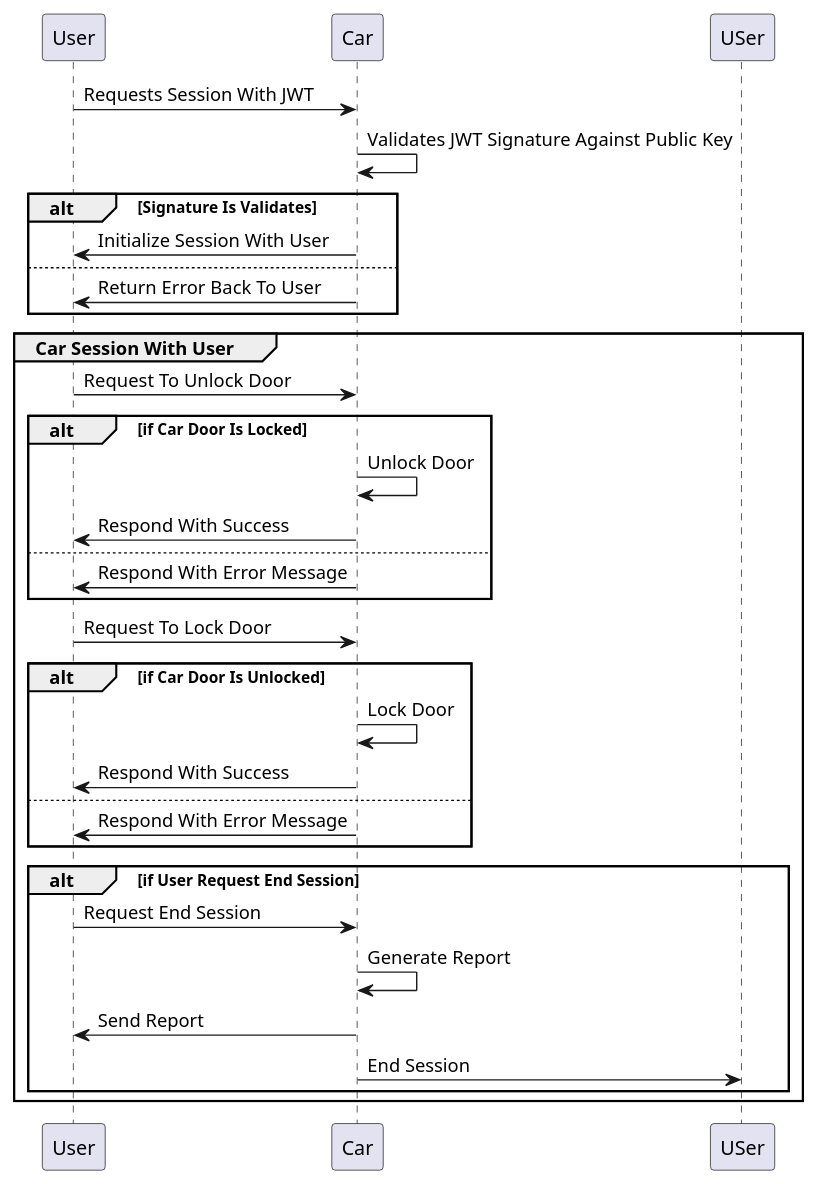
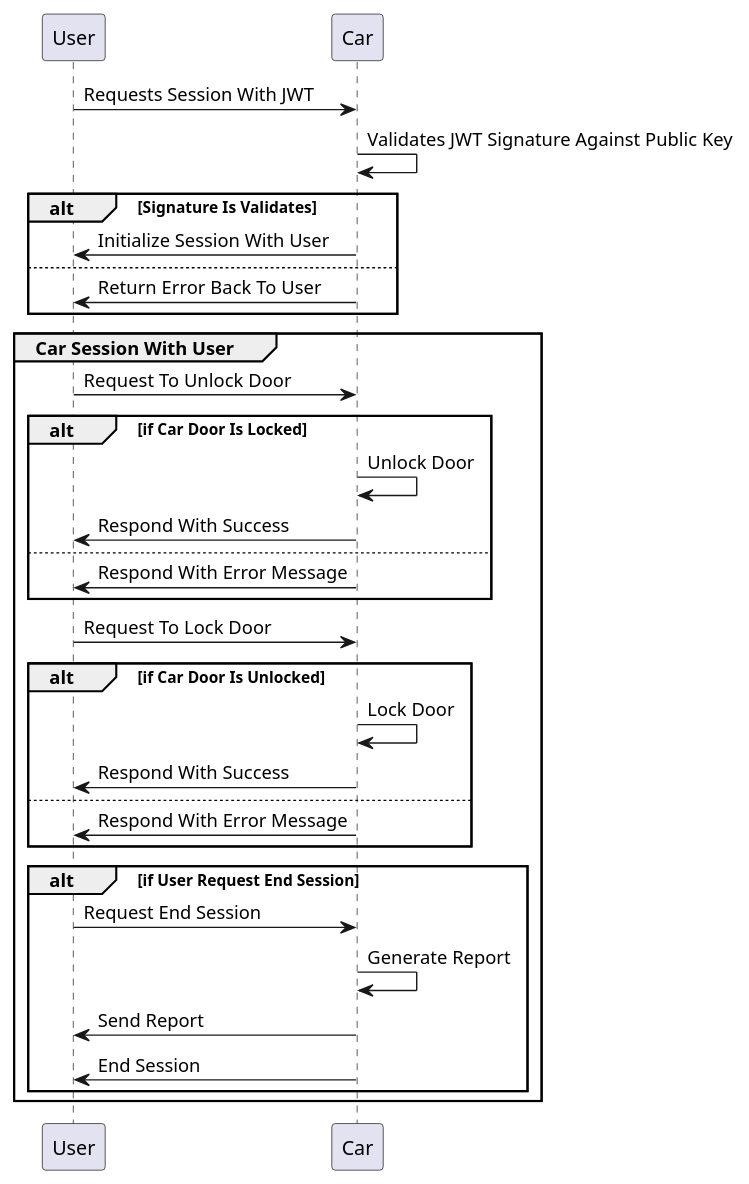
The diagram in docs/hld/UserToCarSequenceDiagram.puml (ATU-RDuarte/CSD_Project), drawn with PlantUML before and after one commit. The commit also changed 2 other files, not shown here.

```diff
--- a/docs/hld/UserToCarSequenceDiagram.puml
+++ b/docs/hld/UserToCarSequenceDiagram.puml
@@ -1,35 +1,35 @@
 @startuml
 
 User -> Car: Requests Session With JWT
 Car -> Car: Validates JWT Signature Against Public Key
 alt Signature Is Validates
     Car -> User : Initialize Session With User
 else
     Car -> User : Return Error Back To User
 end
 
 group Car Session With User
    User -> Car : Request To Unlock Door
    alt if Car Door Is Locked
         Car -> Car : Unlock Door
         Car -> User : Respond With Success
    else
         Car -> User : Respond With Error Message
    end
   User -> Car : Request To Lock Door
   alt if Car Door Is Unlocked
        Car -> Car : Lock Door
        Car -> User : Respond With Success
   else
        Car -> User : Respond With Error Message
   end
 
   alt if User Request End Session
     User -> Car : Request End Session
     Car -> Car : Generate Report
     Car -> User : Send Report
-    Car -> USer: End Session
+    Car -> User: End Session
   end
 end
 
 @enduml
```
